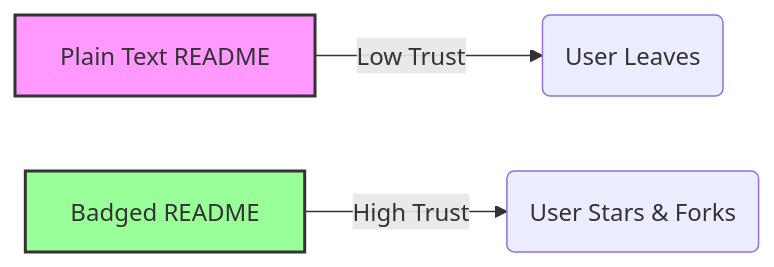
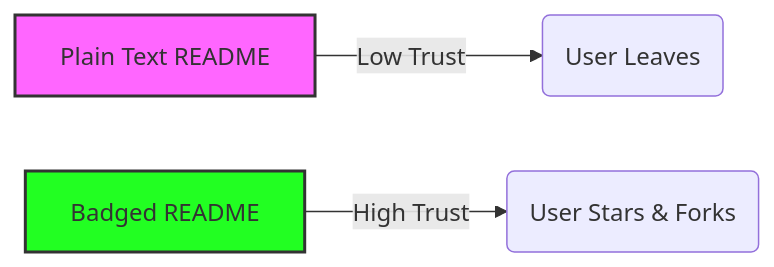
Before and after one commit to Aliriyaj007/The-Ultimate-README-Badges-Collection: the first of 2 diagrams in README.md, drawn with Mermaid. The commit also changed other lines of this file, not shown here.

Commit message:
Fix formatting issues in README.md

````diff
--- a/README.md
+++ b/README.md
@@ -41,8 +41,8 @@
 ```mermaid
 graph LR
     A[Plain Text README] -->|Low Trust| B(User Leaves)
     C[Badged README] -->|High Trust| D(User Stars & Forks)
     
-    style A fill:#f9f,stroke:#333,stroke-width:2px
-    style C fill:#9f9,stroke:#333,stroke-width:2px
+    style A fill:#f6f,stroke:#333,stroke-width:2px
+    style C fill:#2f2,stroke:#333,stroke-width:2px
 ```
````
